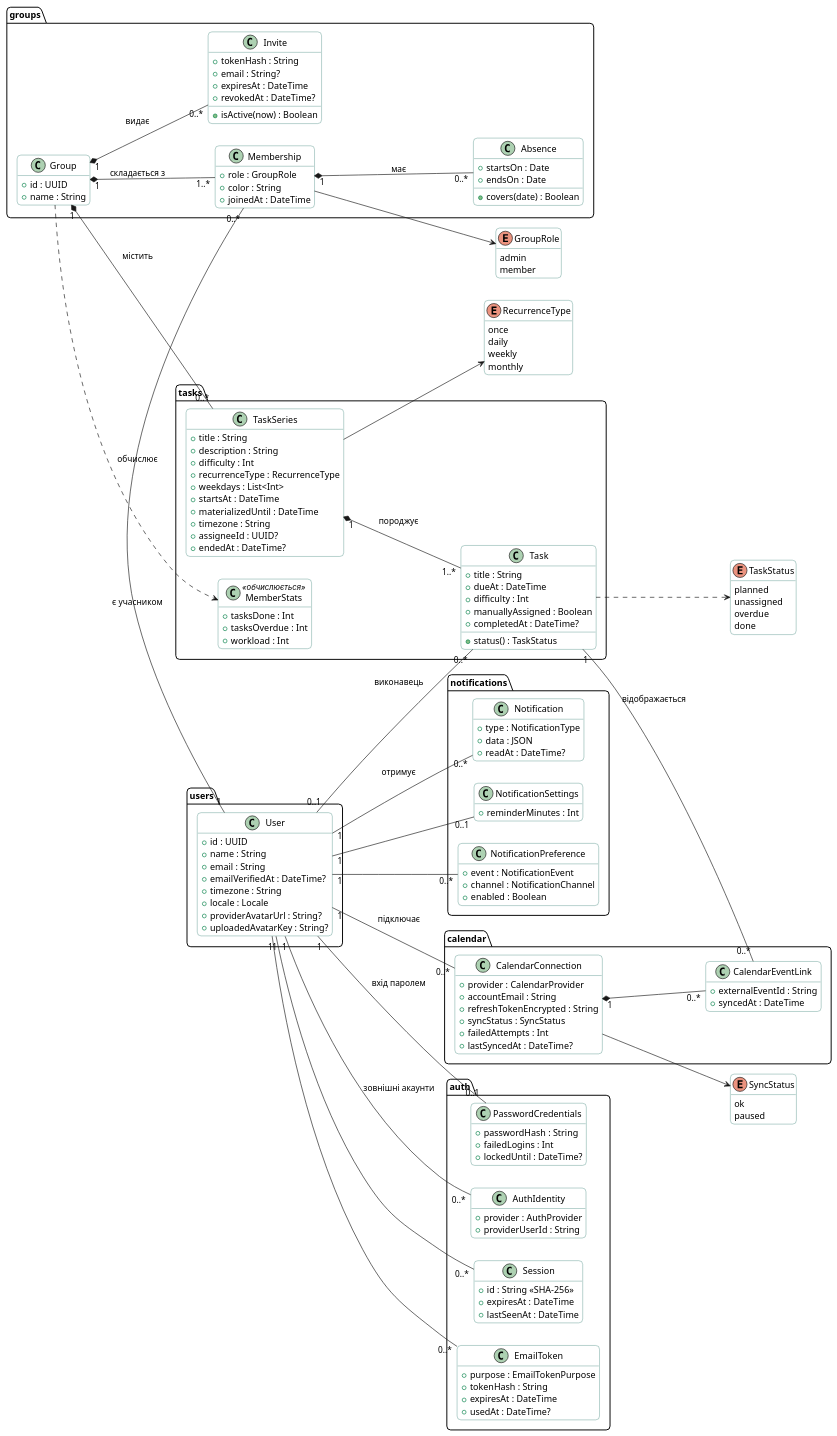
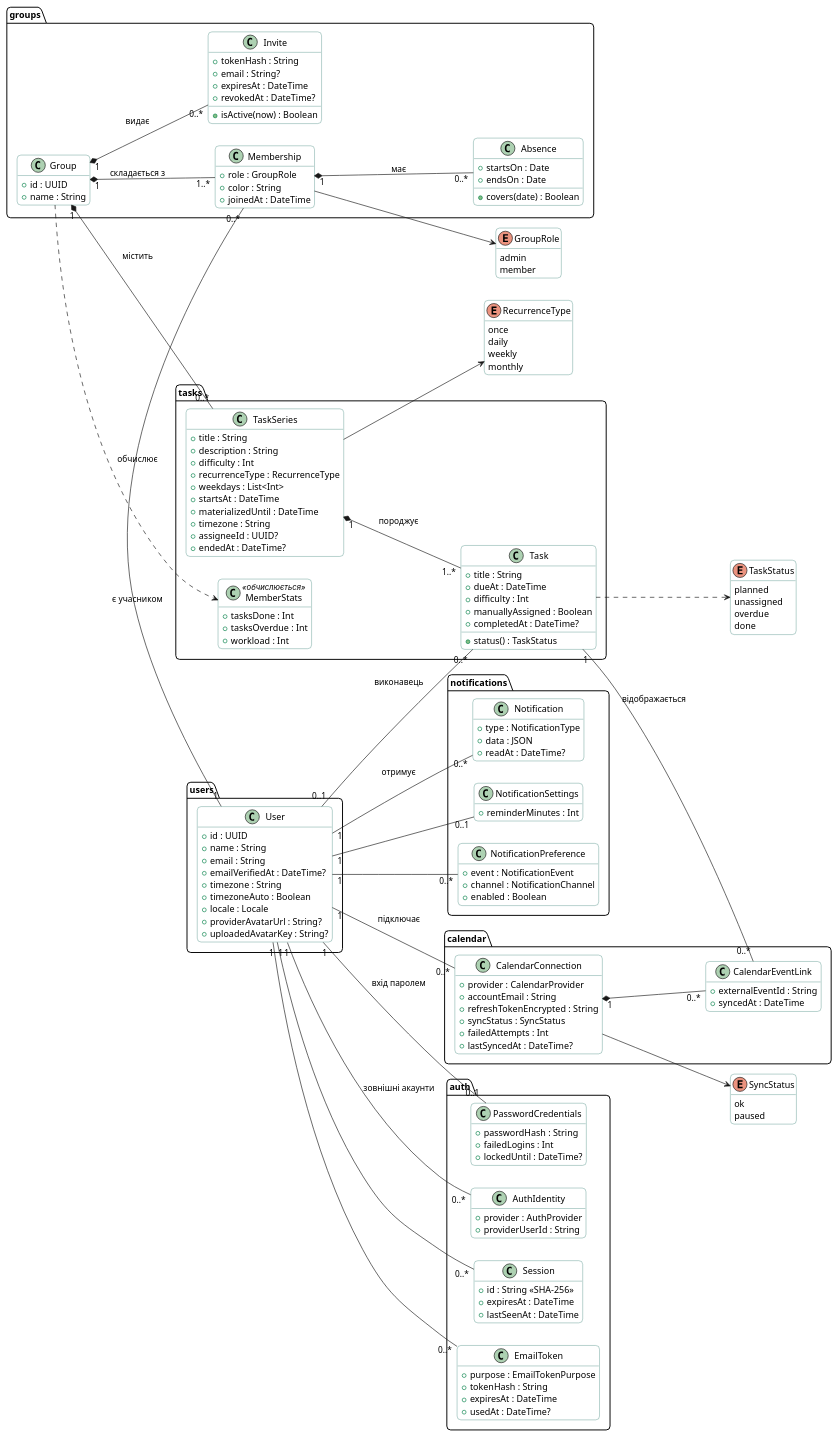
Before and after one commit to mzabrodin/Errandly: the diagram in docs/diagrams/class/domain-model.puml, drawn with PlantUML. The commit also changed 5 other files, not shown here.

```diff
--- a/docs/diagrams/class/domain-model.puml
+++ b/docs/diagrams/class/domain-model.puml
@@ -1,178 +1,179 @@
 @startuml domain-model
 skinparam shadowing false
 skinparam defaultFontName "Inter, Segoe UI, Arial"
 skinparam TitleFontStyle bold
 skinparam RoundCorner 12
 skinparam ClassBackgroundColor #FFFFFF
 skinparam ClassBorderColor #1F6F64
 skinparam ObjectBackgroundColor #FFFFFF
 skinparam ObjectBorderColor #1F6F64
 skinparam ComponentBackgroundColor #FFFFFF
 skinparam ComponentBorderColor #1F6F64
 skinparam NoteBackgroundColor #FFFFE0
 hide empty methods
 left to right direction
 
 package users {
   class User {
     +id : UUID
     +name : String
     +email : String
     +emailVerifiedAt : DateTime?
     +timezone : String
+    +timezoneAuto : Boolean
     +locale : Locale
     +providerAvatarUrl : String?
     +uploadedAvatarKey : String?
   }
 }
 
 package auth {
   class PasswordCredentials {
     +passwordHash : String
     +failedLogins : Int
     +lockedUntil : DateTime?
   }
   class AuthIdentity {
     +provider : AuthProvider
     +providerUserId : String
   }
   class Session {
     +id : String <<SHA-256>>
     +expiresAt : DateTime
     +lastSeenAt : DateTime
   }
   class EmailToken {
     +purpose : EmailTokenPurpose
     +tokenHash : String
     +expiresAt : DateTime
     +usedAt : DateTime?
   }
 }
 
 package groups {
   class Group {
     +id : UUID
     +name : String
   }
   class Membership {
     +role : GroupRole
     +color : String
     +joinedAt : DateTime
   }
   class Absence {
     +startsOn : Date
     +endsOn : Date
     +covers(date) : Boolean
   }
   class Invite {
     +tokenHash : String
     +email : String?
     +expiresAt : DateTime
     +revokedAt : DateTime?
     +isActive(now) : Boolean
   }
 }
 
 package tasks {
   class TaskSeries {
     +title : String
     +description : String
     +difficulty : Int
     +recurrenceType : RecurrenceType
     +weekdays : List<Int>
     +startsAt : DateTime
     +materializedUntil : DateTime
     +timezone : String
     +assigneeId : UUID?
     +endedAt : DateTime?
   }
   class Task {
     +title : String
     +dueAt : DateTime
     +difficulty : Int
     +manuallyAssigned : Boolean
     +completedAt : DateTime?
     +status() : TaskStatus
   }
   class MemberStats <<обчислюється>> {
     +tasksDone : Int
     +tasksOverdue : Int
     +workload : Int
   }
 }
 
 package notifications {
   class Notification {
     +type : NotificationType
     +data : JSON
     +readAt : DateTime?
   }
   class NotificationSettings {
     +reminderMinutes : Int
   }
   class NotificationPreference {
     +event : NotificationEvent
     +channel : NotificationChannel
     +enabled : Boolean
   }
 }
 
 package calendar {
   class CalendarConnection {
     +provider : CalendarProvider
     +accountEmail : String
     +refreshTokenEncrypted : String
     +syncStatus : SyncStatus
     +failedAttempts : Int
     +lastSyncedAt : DateTime?
   }
   class CalendarEventLink {
     +externalEventId : String
     +syncedAt : DateTime
   }
 }
 
 enum GroupRole {
   admin
   member
 }
 enum TaskStatus {
   planned
   unassigned
   overdue
   done
 }
 enum RecurrenceType {
   once
   daily
   weekly
   monthly
 }
 enum SyncStatus {
   ok
   paused
 }
 
 User "1" -- "0..1" PasswordCredentials : вхід паролем
 User "1" -- "0..*" AuthIdentity : зовнішні акаунти
 User "1" -- "0..*" Session
 User "1" -- "0..*" EmailToken
 User "1" -- "0..*" Membership : є учасником
 Group "1" *-- "1..*" Membership : складається з
 Membership "1" *-- "0..*" Absence : має
 Group "1" *-- "0..*" Invite : видає
 Group "1" *-- "0..*" TaskSeries : містить
 TaskSeries "1" *-- "1..*" Task : породжує
 Task "0..*" -- "0..1" User : виконавець
 Group ..> MemberStats : обчислює
 User "1" -- "0..*" Notification : отримує
 User "1" -- "0..1" NotificationSettings
 User "1" -- "0..*" NotificationPreference
 User "1" -- "0..*" CalendarConnection : підключає
 CalendarConnection "1" *-- "0..*" CalendarEventLink
 Task "1" -- "0..*" CalendarEventLink : відображається
 Membership --> GroupRole
 Task ..> TaskStatus
 TaskSeries --> RecurrenceType
 CalendarConnection --> SyncStatus
 @enduml
```
